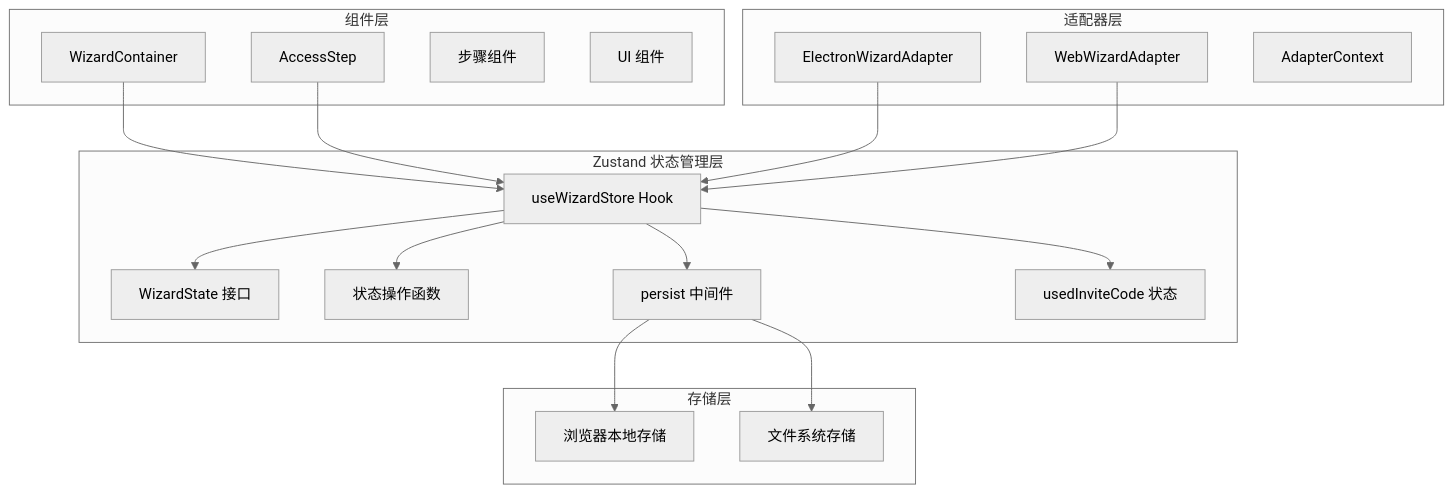
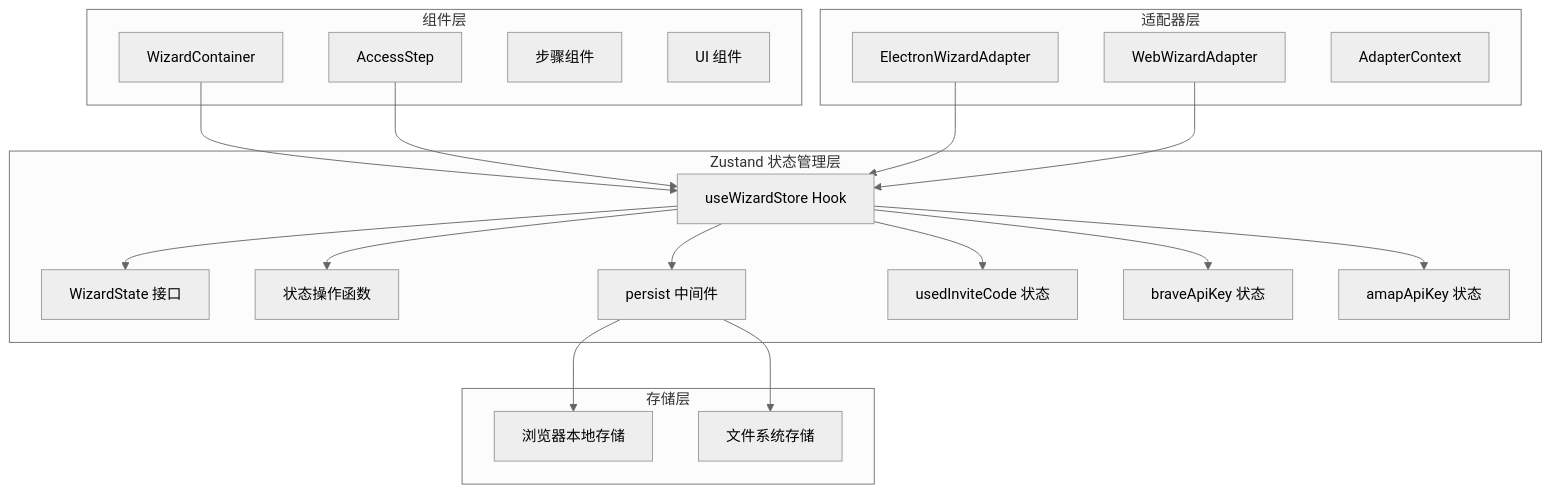
The first of 14 diagrams in .qoder/repowiki/zh/content/设置向导状态管理.md (verse-ai-org/openclaw), drawn with Mermaid (neutral theme) before and after one commit. The commit also changed other lines of this file and 7 other files, not shown here.

````diff
--- a/.qoder/repowiki/zh/content/设置向导状态管理.md
+++ b/.qoder/repowiki/zh/content/设置向导状态管理.md
@@ -53,35 +57,39 @@
 ```mermaid
 graph TB
 subgraph "Zustand 状态管理层"
 Store[useWizardStore Hook]
 State[WizardState 接口]
 Actions[状态操作函数]
 Persist[persist 中间件]
 InviteCode[usedInviteCode 状态]
+BraveKey[braveApiKey 状态]
+AmapKey[amapApiKey 状态]
 end
 subgraph "组件层"
 Container[WizardContainer]
 AccessStep[AccessStep]
 Steps[步骤组件]
 UI[UI 组件]
 end
 subgraph "适配器层"
 Electron[ElectronWizardAdapter]
 Web[WebWizardAdapter]
 Context[AdapterContext]
 end
 subgraph "存储层"
 LocalStorage[浏览器本地存储]
 FileSystem[文件系统存储]
 end
 Store --> State
 Store --> Actions
 Store --> Persist
 Store --> InviteCode
+Store --> BraveKey
+Store --> AmapKey
 Container --> Store
 AccessStep --> Store
 Electron --> Store
 Web --> Store
 Persist --> LocalStorage
 Persist --> FileSystem
 ```
````
